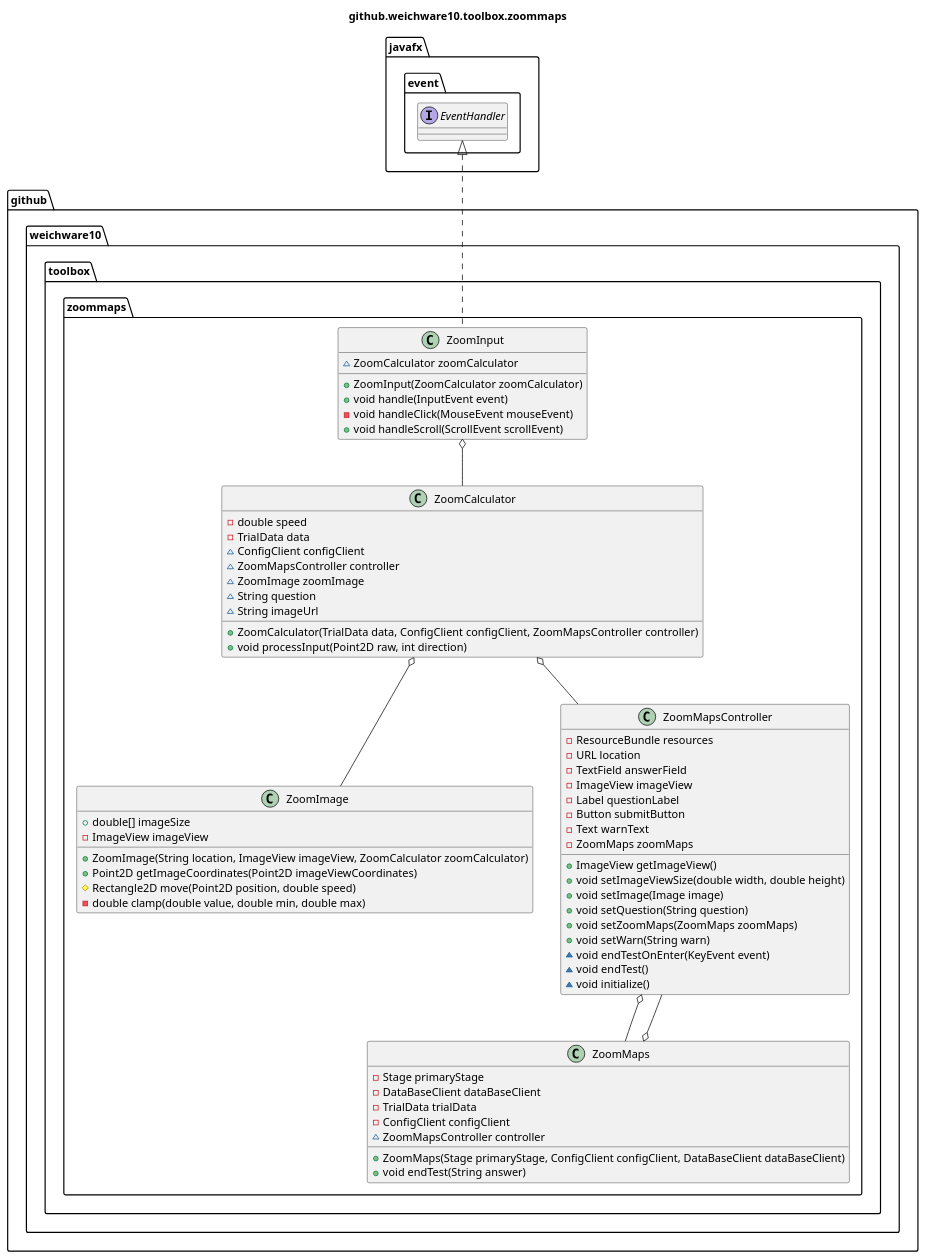
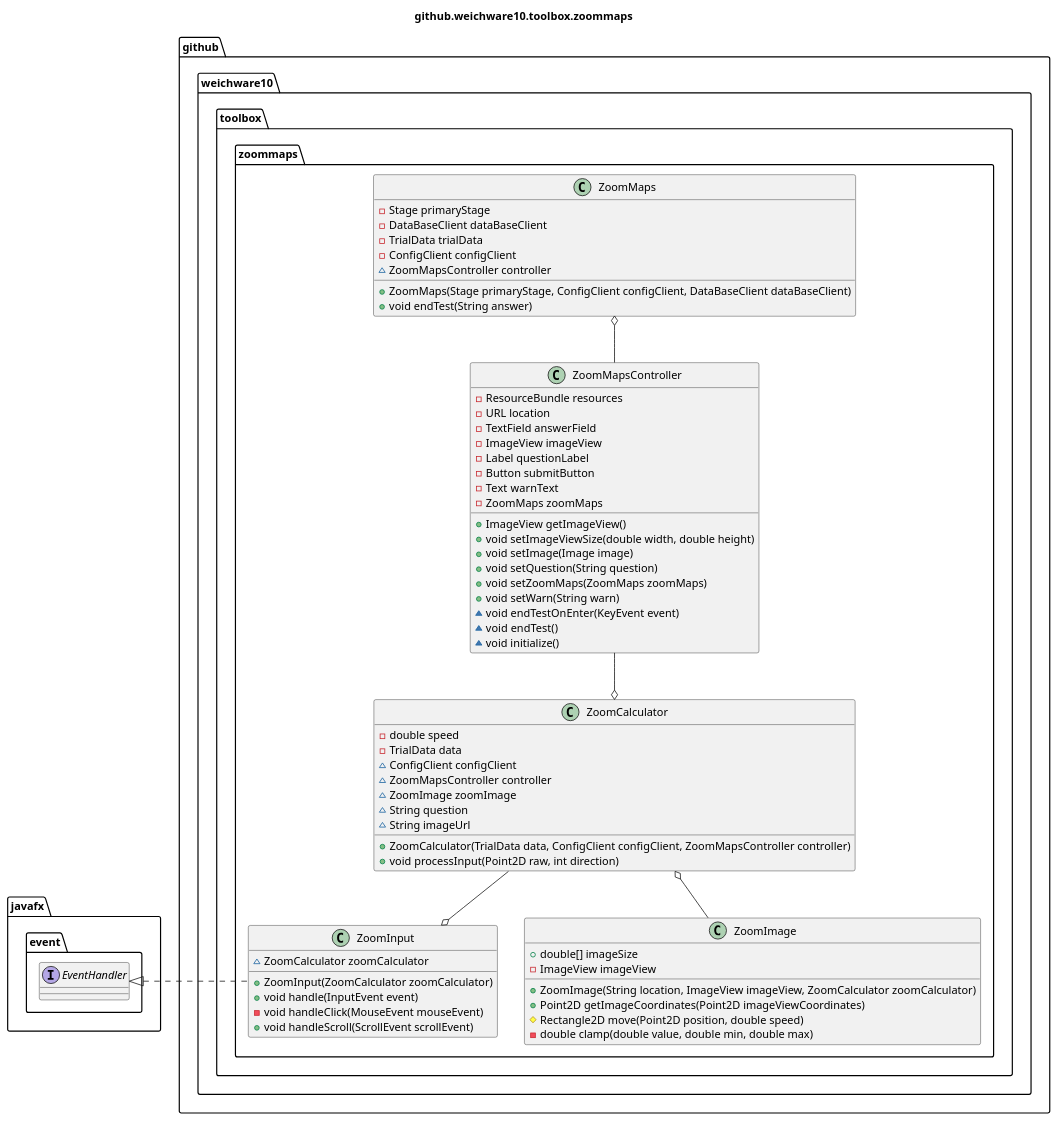
One commit to weichware-10/dokumente changed the diagram in uml-class/toolbox/zoommaps/github.weichware10.toolbox.zoommaps.puml. Above: the diagram before and after it, drawn with PlantUML.

Commit message:
[fix] update zoommaps diagramm

```diff
--- a/uml-class/toolbox/zoommaps/github.weichware10.toolbox.zoommaps.puml
+++ b/uml-class/toolbox/zoommaps/github.weichware10.toolbox.zoommaps.puml
@@ -1,104 +1,103 @@
 @startuml github.weichware10.toolbox.zoommaps
 title github.weichware10.toolbox.zoommaps
 
 package github.weichware10.toolbox.zoommaps {
 
     ' -=- classes (github.weichware10.toolbox.zoommaps) -=-
     class github.weichware10.toolbox.zoommaps.ZoomCalculator {
         ' --- values (github.weichware10.toolbox.zoommaps.ZoomCalculator) ---
 
         ' --- fields (github.weichware10.toolbox.zoommaps.ZoomCalculator) ---
         - double speed
         - TrialData data
         ~ ConfigClient configClient
         ~ ZoomMapsController controller
         ~ ZoomImage zoomImage
         ~ String question
         ~ String imageUrl
 
         ' --- methods (github.weichware10.toolbox.zoommaps.ZoomCalculator) ---
         +  ZoomCalculator(TrialData data, ConfigClient configClient, ZoomMapsController controller)
         + void processInput(Point2D raw, int direction)
     }
 
     class github.weichware10.toolbox.zoommaps.ZoomImage {
         ' --- values (github.weichware10.toolbox.zoommaps.ZoomImage) ---
 
         ' --- fields (github.weichware10.toolbox.zoommaps.ZoomImage) ---
         + double[] imageSize
         - ImageView imageView
 
         ' --- methods (github.weichware10.toolbox.zoommaps.ZoomImage) ---
         +  ZoomImage(String location, ImageView imageView, ZoomCalculator zoomCalculator)
         + Point2D getImageCoordinates(Point2D imageViewCoordinates)
         # Rectangle2D move(Point2D position, double speed)
         - double clamp(double value, double min, double max)
     }
 
     class github.weichware10.toolbox.zoommaps.ZoomInput {
         ' --- values (github.weichware10.toolbox.zoommaps.ZoomInput) ---
 
         ' --- fields (github.weichware10.toolbox.zoommaps.ZoomInput) ---
         ~ ZoomCalculator zoomCalculator
 
         ' --- methods (github.weichware10.toolbox.zoommaps.ZoomInput) ---
         +  ZoomInput(ZoomCalculator zoomCalculator)
         + void handle(InputEvent event)
         - void handleClick(MouseEvent mouseEvent)
         + void handleScroll(ScrollEvent scrollEvent)
     }
 
     class github.weichware10.toolbox.zoommaps.ZoomMaps {
         ' --- values (github.weichware10.toolbox.zoommaps.ZoomMaps) ---
 
         ' --- fields (github.weichware10.toolbox.zoommaps.ZoomMaps) ---
         - Stage primaryStage
         - DataBaseClient dataBaseClient
         - TrialData trialData
         - ConfigClient configClient
         ~ ZoomMapsController controller
 
         ' --- methods (github.weichware10.toolbox.zoommaps.ZoomMaps) ---
         +  ZoomMaps(Stage primaryStage, ConfigClient configClient, DataBaseClient dataBaseClient)
         + void endTest(String answer)
     }
 
     class github.weichware10.toolbox.zoommaps.ZoomMapsController {
         ' --- values (github.weichware10.toolbox.zoommaps.ZoomMapsController) ---
 
         ' --- fields (github.weichware10.toolbox.zoommaps.ZoomMapsController) ---
         - ResourceBundle resources
         - URL location
         - TextField answerField
         - ImageView imageView
         - Label questionLabel
         - Button submitButton
         - Text warnText
         - ZoomMaps zoomMaps
 
         ' --- methods (github.weichware10.toolbox.zoommaps.ZoomMapsController) ---
         + ImageView getImageView()
         + void setImageViewSize(double width, double height)
         + void setImage(Image image)
         + void setQuestion(String question)
         + void setZoomMaps(ZoomMaps zoomMaps)
         + void setWarn(String warn)
         ~ void endTestOnEnter(KeyEvent event)
         ~ void endTest()
         ~ void initialize()
     }
 
 }
 
 ' autogenerated field links, may be faulty.
-github.weichware10.toolbox.zoommaps.ZoomCalculator o-- github.weichware10.toolbox.zoommaps.ZoomMapsController
+github.weichware10.toolbox.zoommaps.ZoomCalculator o-u- github.weichware10.toolbox.zoommaps.ZoomMapsController
 github.weichware10.toolbox.zoommaps.ZoomCalculator o-- github.weichware10.toolbox.zoommaps.ZoomImage
-github.weichware10.toolbox.zoommaps.ZoomInput o-- github.weichware10.toolbox.zoommaps.ZoomCalculator
-github.weichware10.toolbox.zoommaps.ZoomMaps o-- github.weichware10.toolbox.zoommaps.ZoomMapsController
-github.weichware10.toolbox.zoommaps.ZoomMapsController o-- github.weichware10.toolbox.zoommaps.ZoomMaps
+github.weichware10.toolbox.zoommaps.ZoomInput o-u- github.weichware10.toolbox.zoommaps.ZoomCalculator
+github.weichware10.toolbox.zoommaps.ZoomMaps o-d- github.weichware10.toolbox.zoommaps.ZoomMapsController
 
 ' autogenerated inheritances, may be faulty.
 interface javafx.event.EventHandler
-javafx.event.EventHandler <|.. github.weichware10.toolbox.zoommaps.ZoomInput
+javafx.event.EventHandler <|.r. github.weichware10.toolbox.zoommaps.ZoomInput
 
 @enduml
```
